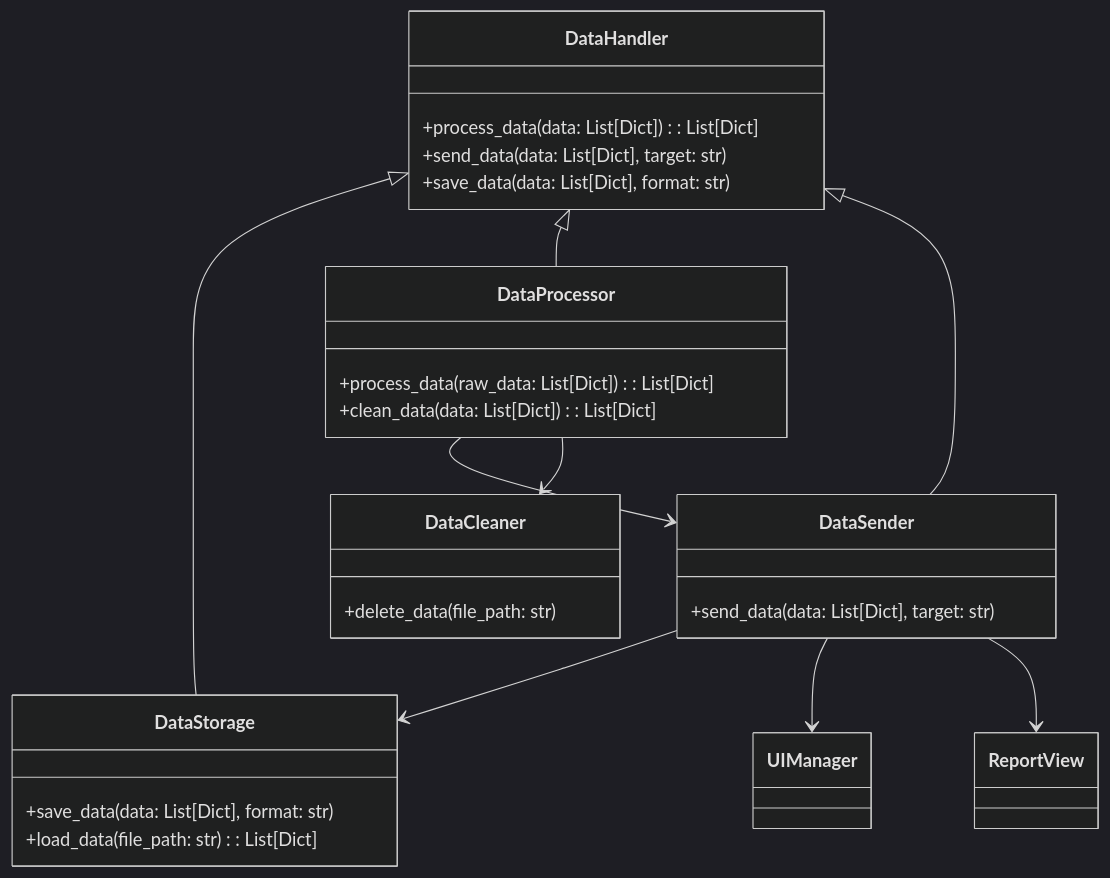
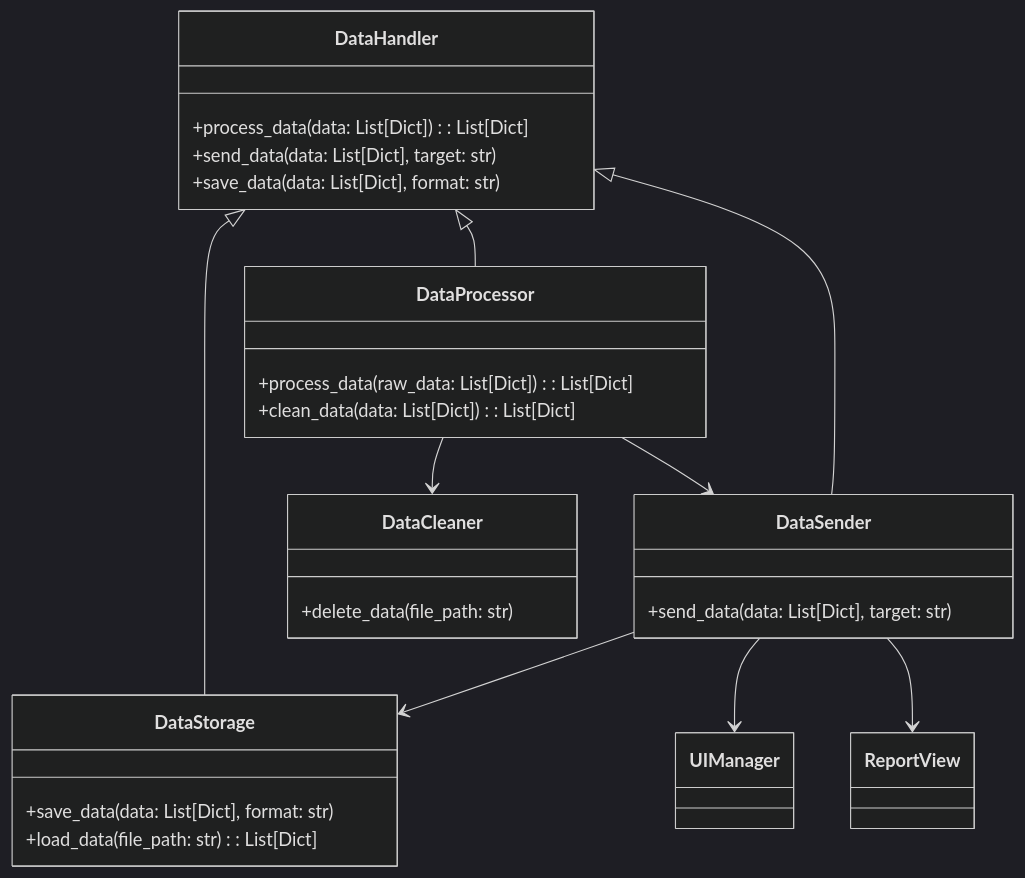
Before and after one commit to Angel-Suescun/Sistema-De-Webscrapping: the fourth of 4 diagrams in README.md, drawn with Mermaid (dark theme).

````diff
--- a/README.md
+++ b/README.md
@@ -164,38 +164,39 @@
 ```mermaid
 classDiagram
     class DataHandler {
         +process_data(data: List[Dict]) : List[Dict]
         +send_data(data: List[Dict], target: str)
         +save_data(data: List[Dict], format: str)
     }
 
     class DataStorage {
         +save_data(data: List[Dict], format: str)
         +load_data(file_path: str) : List[Dict]
     }
 
     class DataProcessor {
         +process_data(raw_data: List[Dict]) : List[Dict]
         +clean_data(data: List[Dict]) : List[Dict]
     }
 
     class DataCleaner {
         +delete_data(file_path: str)
     }
 
     class DataSender {
         +send_data(data: List[Dict], target: str)
     }
 
     DataHandler <|-- DataStorage
     DataHandler <|-- DataProcessor
     DataHandler <|-- DataSender
 
+    DataProcessor --> DataCleaner
     DataProcessor --> DataSender 
     DataSender --> DataStorage 
     DataSender --> UIManager 
     DataSender --> ReportView  
-    DataProcessor --> DataCleaner 
+     
 
 
 ```
````
